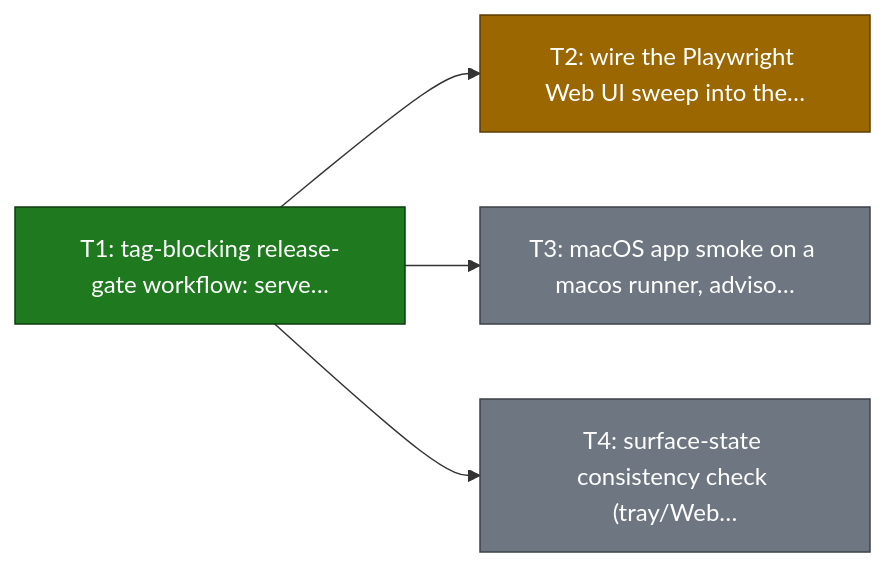
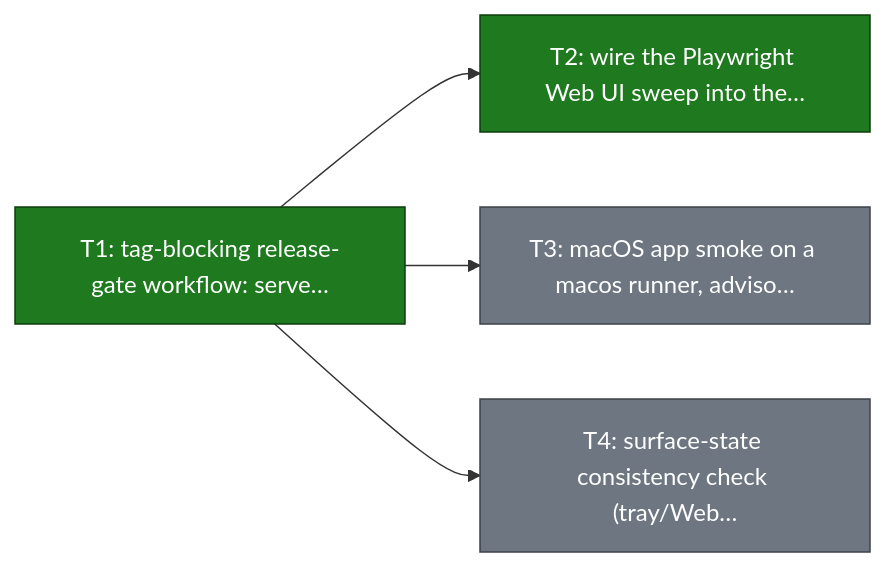
One commit to smart-mcp-proxy/mcpproxy-go changed the second of 18 diagrams in ROADMAP.md. Above: the diagram before and after it, drawn with Mermaid. The commit also changed other lines of this file and 1 other file, not shown here.

First line of the commit message:
chore(roadmap): sync statuses — QA-gate T2 done, mcp-2026 unblocked, specs 101/102 tracked

````diff
--- a/ROADMAP.md
+++ b/ROADMAP.md
@@ -96,18 +99,16 @@
 ```mermaid
 graph LR
   release_qa_gate_matrix["T1: tag-blocking release-gate workflow: serve…"]
   release_qa_gate_playwright["T2: wire the Playwright Web UI sweep into the…"]
   release_qa_gate_macos["T3: macOS app smoke on a macos runner, adviso…"]
   release_qa_gate_consistency["T4: surface-state consistency check (tray/Web…"]
 
   release_qa_gate_matrix --> release_qa_gate_playwright
   release_qa_gate_matrix --> release_qa_gate_macos
   release_qa_gate_matrix --> release_qa_gate_consistency
 
   classDef done fill:#1f7a1f,stroke:#0d3d0d,color:#ffffff;
-  classDef in_review fill:#9a6700,stroke:#5c3d00,color:#ffffff;
   classDef todo fill:#6e7781,stroke:#3d4248,color:#ffffff;
-  class release_qa_gate_matrix done;
-  class release_qa_gate_playwright in_review;
+  class release_qa_gate_matrix,release_qa_gate_playwright done;
   class release_qa_gate_macos,release_qa_gate_consistency todo;
 ```
````
